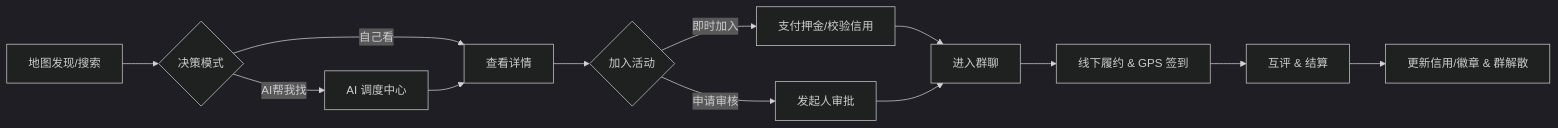
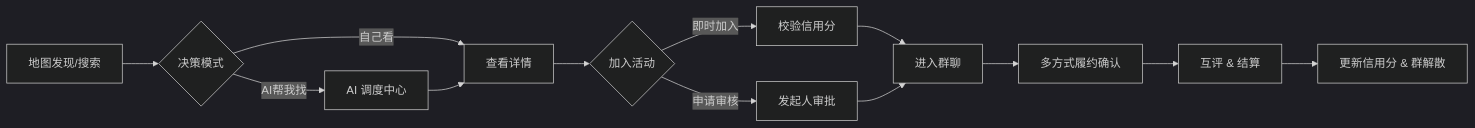
Before and after one commit to sylasxu/juchang: the diagram in docs/PRD.md, drawn with Mermaid (dark theme). The commit also changed other lines of this file and 2 other files, not shown here.

````diff
--- a/docs/PRD.md
+++ b/docs/PRD.md
@@ -39,15 +50,15 @@
 ```mermaid
 graph LR
     A[地图发现/搜索] --> B{决策模式}
     B -- 自己看 --> C[查看详情]
     B -- AI帮我找 --> D[AI 调度中心]
     D --> C
     C --> E{加入活动}
-    E -- 即时加入 --> F[支付押金/校验信用]
+    E -- 即时加入 --> F[校验信用分]
     E -- 申请审核 --> G[发起人审批]
     F --> H[进入群聊]
     G --> H
-    H --> I[线下履约 & GPS 签到]
+    H --> I[多方式履约确认]
     I --> J[互评 & 结算]
-    J --> K[更新信用/徽章 & 群解散]
+    J --> K[更新信用分 & 群解散]
 ```
````
